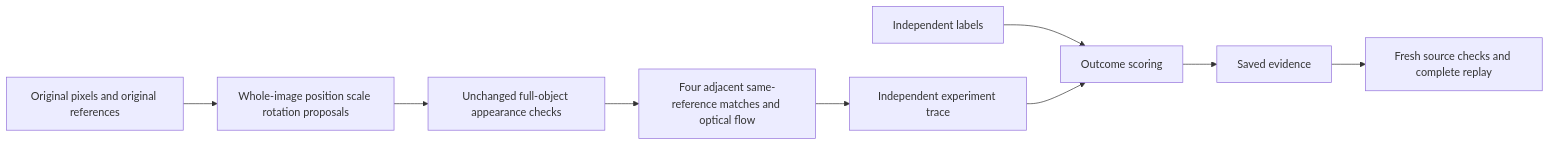
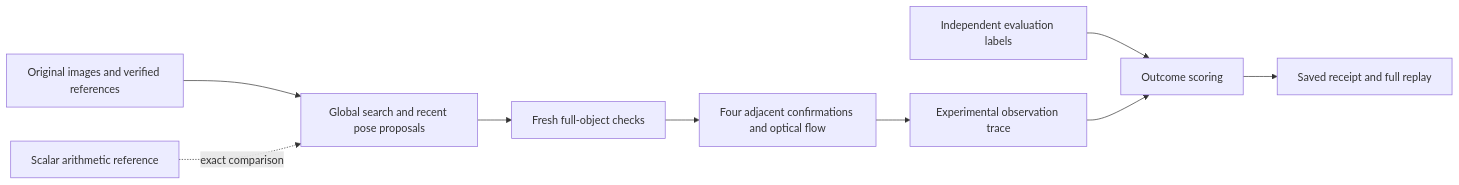
Before and after one commit to eyeoverthink/Fraynix-Agent-Workspace: the diagram in README.md, drawn with Mermaid. The commit also changed other lines of this file and 75 other files, not shown here.

Commit message:
Document edition 153 rotated confirmation, exact arithmetic and measured costs

````diff
--- a/README.md
+++ b/README.md
@@ -23,11 +99,11 @@
 ```mermaid
 flowchart LR
-  A[Original pixels and original references] --> B[Whole-image position scale rotation proposals]
-  B --> C[Unchanged full-object appearance checks]
-  C --> D[Four adjacent same-reference matches and optical flow]
-  D --> E[Independent experiment trace]
-  L[Independent labels] --> F[Outcome scoring]
+  A[Original images and verified references] --> B[Global search and recent pose proposals]
+  B --> C[Fresh full-object checks]
+  C --> D[Four adjacent confirmations and optical flow]
+  D --> E[Experimental observation trace]
+  L[Independent evaluation labels] --> F[Outcome scoring]
   E --> F
-  F --> G[Saved evidence]
-  G --> H[Fresh source checks and complete replay]
+  F --> G[Saved receipt and full replay]
+  R[Scalar arithmetic reference] -. exact comparison .-> B
 ```
````
